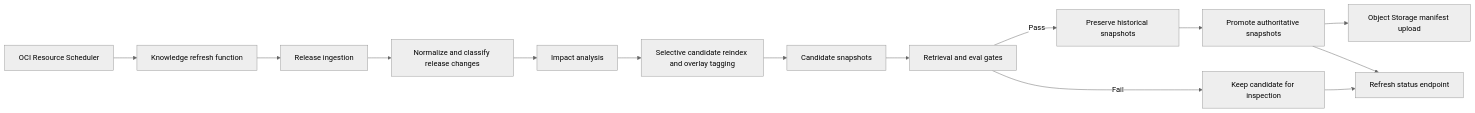
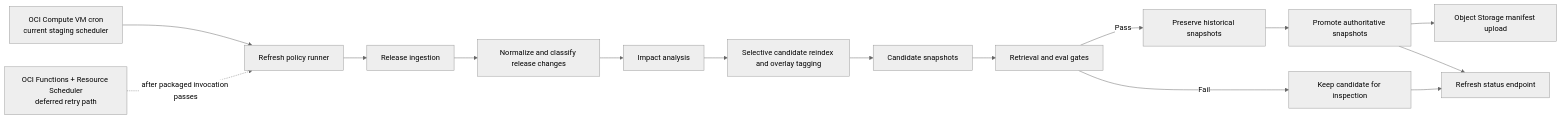
One commit to BfShaik/OCI-Architecture-Studio changed the diagram in docs/continuous-intelligence-operations.md. Above: the diagram before and after it, drawn with Mermaid (neutral theme). The commit also changed other lines of this file and 14 other files, not shown here.

````diff
--- a/docs/continuous-intelligence-operations.md
+++ b/docs/continuous-intelligence-operations.md
@@ -17,16 +17,17 @@
 ```mermaid
 flowchart LR
-    A["OCI Resource Scheduler"] --> B["Knowledge refresh function"]
+    A["OCI Compute VM cron\ncurrent staging scheduler"] --> B["Refresh policy runner"]
+    F1["OCI Functions + Resource Scheduler\ndeferred retry path"] -. "after packaged invocation passes" .-> B
     B --> C["Release ingestion"]
     C --> D["Normalize and classify release changes"]
     D --> E["Impact analysis"]
     E --> F["Selective candidate reindex and overlay tagging"]
     F --> G["Candidate snapshots"]
     G --> H["Retrieval and eval gates"]
     H -->|Pass| I["Preserve historical snapshots"]
     I --> J["Promote authoritative snapshots"]
     H -->|Fail| K["Keep candidate for inspection"]
     J --> L["Object Storage manifest upload"]
     J --> M["Refresh status endpoint"]
     K --> M
 ```
````
